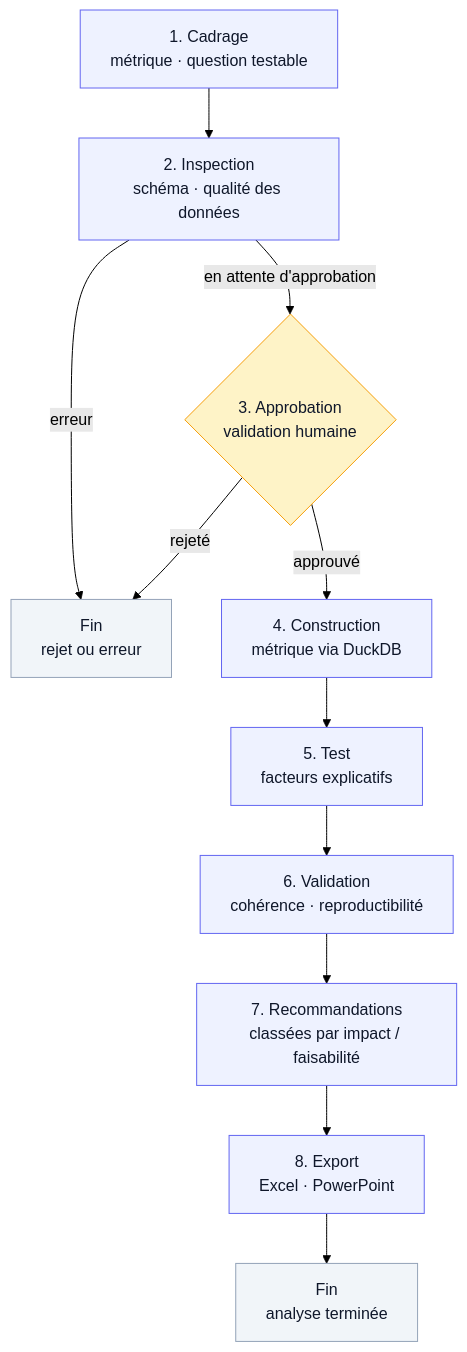
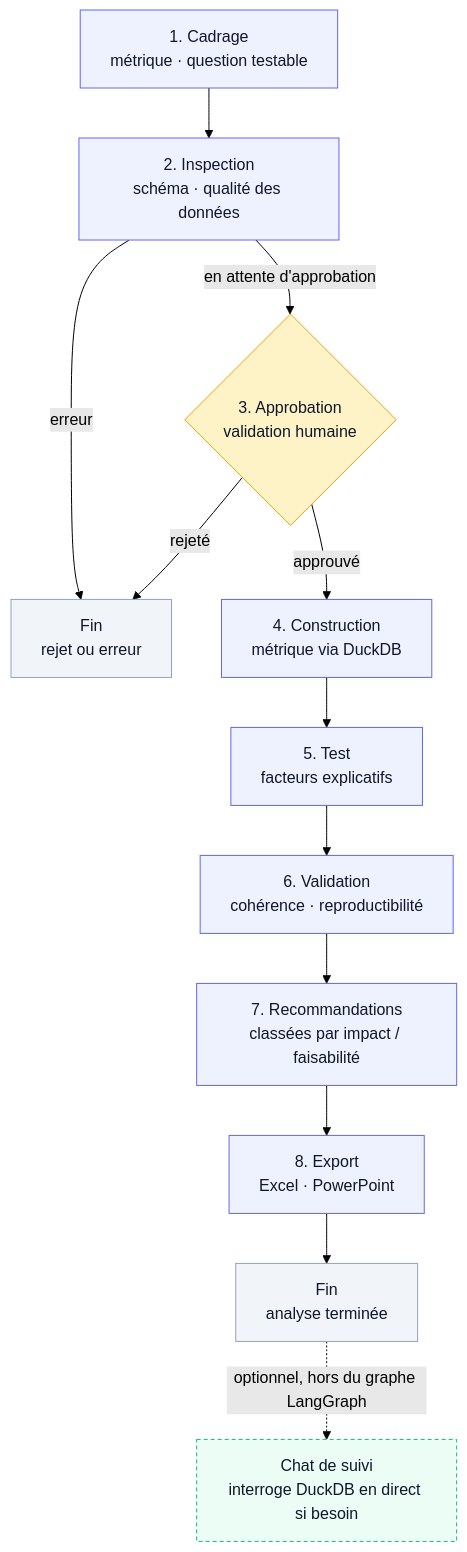
Before and after one commit to Nyamey/ai-data-agent: the diagram in docs/architecture.mmd, drawn with Mermaid (forest theme). The commit also changed 4 other files, not shown here.

First line of the commit message:
Add chat error-path tests, refresh architecture diagram and screenshot

````diff
--- a/docs/architecture.mmd
+++ b/docs/architecture.mmd
@@ -1,21 +1,24 @@
 %% Workflow de l'agent ai-data-agent (LangGraph) -- reflète les arêtes
 %% réelles de agent/graph.py (build_agent_graph). Rendu automatiquement
 %% par GitHub dans un bloc ```mermaid
 flowchart TD
     A[1. Cadrage<br/>métrique · question testable] --> B[2. Inspection<br/>schéma · qualité des données]
     B -->|en attente d'approbation| C{3. Approbation<br/>validation humaine}
     B -->|erreur| X[Fin<br/>rejet ou erreur]
     C -->|rejeté| X
     C -->|approuvé| D[4. Construction<br/>métrique via DuckDB]
     D --> E[5. Test<br/>facteurs explicatifs]
     E --> F[6. Validation<br/>cohérence · reproductibilité]
     F --> G[7. Recommandations<br/>classées par impact / faisabilité]
     G --> H[8. Export<br/>Excel · PowerPoint]
     H --> Y[Fin<br/>analyse terminée]
+    Y -.->|optionnel, hors du graphe LangGraph| Z[Chat de suivi<br/>interroge DuckDB en direct si besoin]
 
     classDef step fill:#eef2ff,stroke:#6366f1,color:#0f172a;
     classDef human fill:#fef3c7,stroke:#f59e0b,color:#0f172a;
     classDef term fill:#f1f5f9,stroke:#94a3b8,color:#0f172a;
+    classDef extra fill:#ecfdf5,stroke:#10b981,color:#0f172a,stroke-dasharray: 4 3;
     class A,B,D,E,F,G,H step;
     class C human;
     class X,Y term;
+    class Z extra;
````
